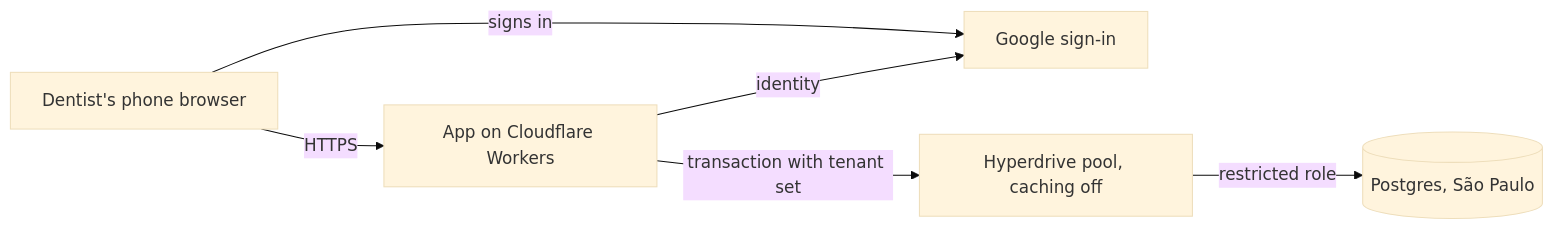
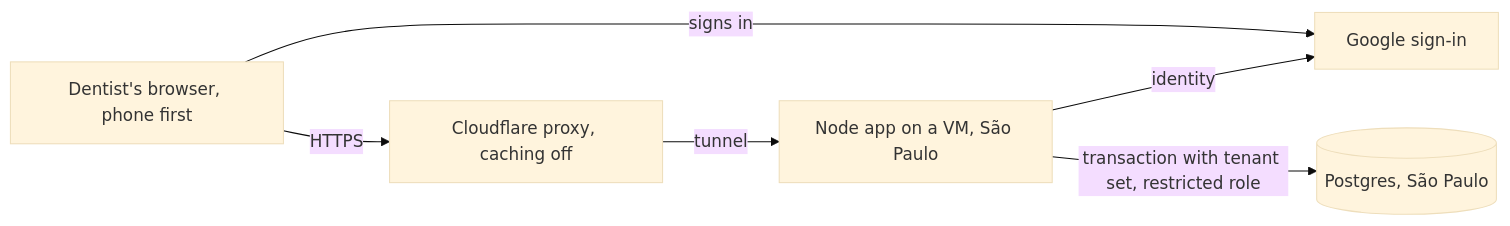
Before and after one commit to obogoni/fairy: the first of 6 diagrams in .design/first-version.md, drawn with Mermaid (base theme). The commit also changed other lines of this file, not shown here.

First line of the commit message:
docs: record where the app runs and web-first in design (#17)

````diff
--- a/.design/first-version.md
+++ b/.design/first-version.md
@@ -83,8 +85,8 @@
 ```mermaid
 flowchart LR
-  P[Dentist's phone browser] -->|HTTPS| W[App on Cloudflare Workers]
+  P[Dentist's browser, phone first] -->|HTTPS| CF[Cloudflare proxy, caching off]
+  CF -->|tunnel| W[Node app on a VM, São Paulo]
   P -->|signs in| G
   W -->|identity| G[Google sign-in]
-  W -->|transaction with tenant set| H[Hyperdrive pool, caching off]
-  H -->|restricted role| D[(Postgres, São Paulo)]
+  W -->|transaction with tenant set, restricted role| D[(Postgres, São Paulo)]
 ```
````
